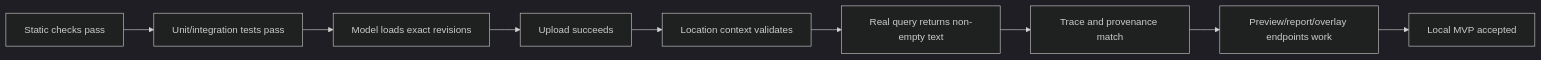
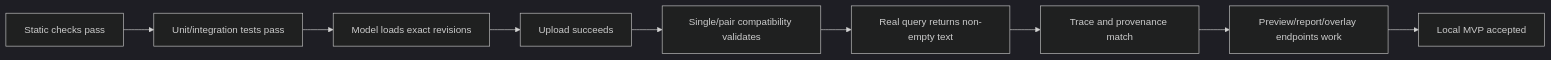
One commit to aanandmodi/StatqueryAI changed the second of 2 diagrams in docs/PRD.md. Above: the diagram before and after it, drawn with Mermaid (dark theme). The commit also changed other lines of this file and 25 other files, not shown here.

````diff
--- a/docs/PRD.md
+++ b/docs/PRD.md
@@ -99,11 +102,11 @@
 ```mermaid
 flowchart LR
     A[Static checks pass] --> B[Unit/integration tests pass]
     B --> C[Model loads exact revisions]
     C --> D[Upload succeeds]
-    D --> E[Location context validates]
+    D --> E[Single/pair compatibility validates]
     E --> F[Real query returns non-empty text]
     F --> G[Trace and provenance match]
     G --> H[Preview/report/overlay endpoints work]
     H --> I[Local MVP accepted]
 ```
````
